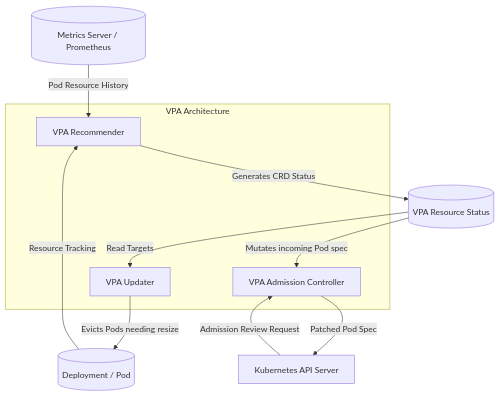
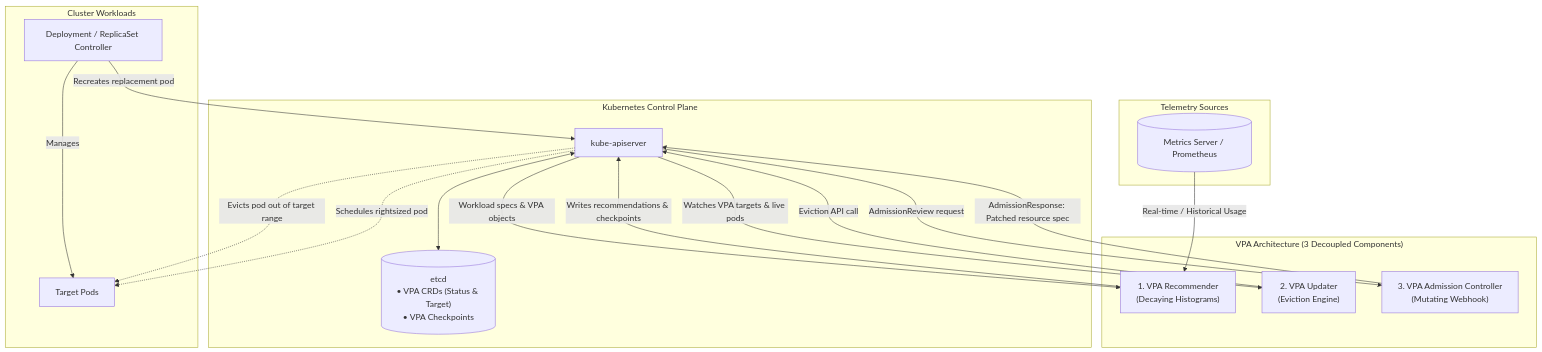
The second of 2 diagrams in docs/04-recommendation-models-vpa-krr.md (nubenetes/kubernetes-rightsizing), drawn with Mermaid before and after one commit. The commit also changed other lines of this file, not shown here.

Commit message:
fix(docs): resolve LaTeX math mode error and update Mermaid diagrams in chapter 4

````diff
--- a/docs/04-recommendation-models-vpa-krr.md
+++ b/docs/04-recommendation-models-vpa-krr.md
@@ -48,19 +68,40 @@
 ```mermaid
 graph TD
-    subgraph VPA Architecture
-        Recommender[VPA Recommender]
-        Updater[VPA Updater]
-        Admission[VPA Admission Controller]
+    subgraph K8sControlPlane ["Kubernetes Control Plane"]
+        APIServer["kube-apiserver"]
+        ETCD[("etcd<br/>• VPA CRDs (Status & Target)<br/>• VPA Checkpoints")]
+        APIServer <--> ETCD
     end
 
-    Metrics[(Metrics Server / Prometheus)] -->|Pod Resource History| Recommender
-    Workload[(Deployment / Pod)] -->|Resource Tracking| Recommender
-    Recommender -->|Generates CRD Status| VPA_CRD[(VPA Resource Status)]
+    subgraph VPAComponents ["VPA Architecture (3 Decoupled Components)"]
+        Recommender["1. VPA Recommender<br/>(Decaying Histograms)"]
+        Updater["2. VPA Updater<br/>(Eviction Engine)"]
+        Admission["3. VPA Admission Controller<br/>(Mutating Webhook)"]
+    end
 
-    VPA_CRD -->|Read Targets| Updater
-    Updater -->|Evicts Pods needing resize| Workload
+    subgraph Telemetry ["Telemetry Sources"]
+        Metrics[("Metrics Server / Prometheus")]
+    end
 
-    VPA_CRD -->|Mutates incoming Pod spec| Admission
-    API[Kubernetes API Server] -->|Admission Review Request| Admission
-    Admission -->|Patched Pod Spec| API
+    subgraph Workloads ["Cluster Workloads"]
+        Deployment["Deployment / ReplicaSet Controller"]
+        Pod["Target Pods"]
+        Deployment -->|Manages| Pod
+    end
+
+    %% Recommender Flow
+    Metrics -->|Real-time / Historical Usage| Recommender
+    APIServer -->|Workload specs & VPA objects| Recommender
+    Recommender -->|Writes recommendations & checkpoints| APIServer
+
+    %% Updater Flow
+    APIServer -->|Watches VPA targets & live pods| Updater
+    Updater -->|Eviction API call| APIServer
+    APIServer -.->|Evicts pod out of target range| Pod
+
+    %% Admission Webhook Flow
+    Deployment -->|Recreates replacement pod| APIServer
+    APIServer -->|AdmissionReview request| Admission
+    Admission -->|AdmissionResponse: Patched resource spec| APIServer
+    APIServer -.->|Schedules rightsized pod| Pod
 ```
````
